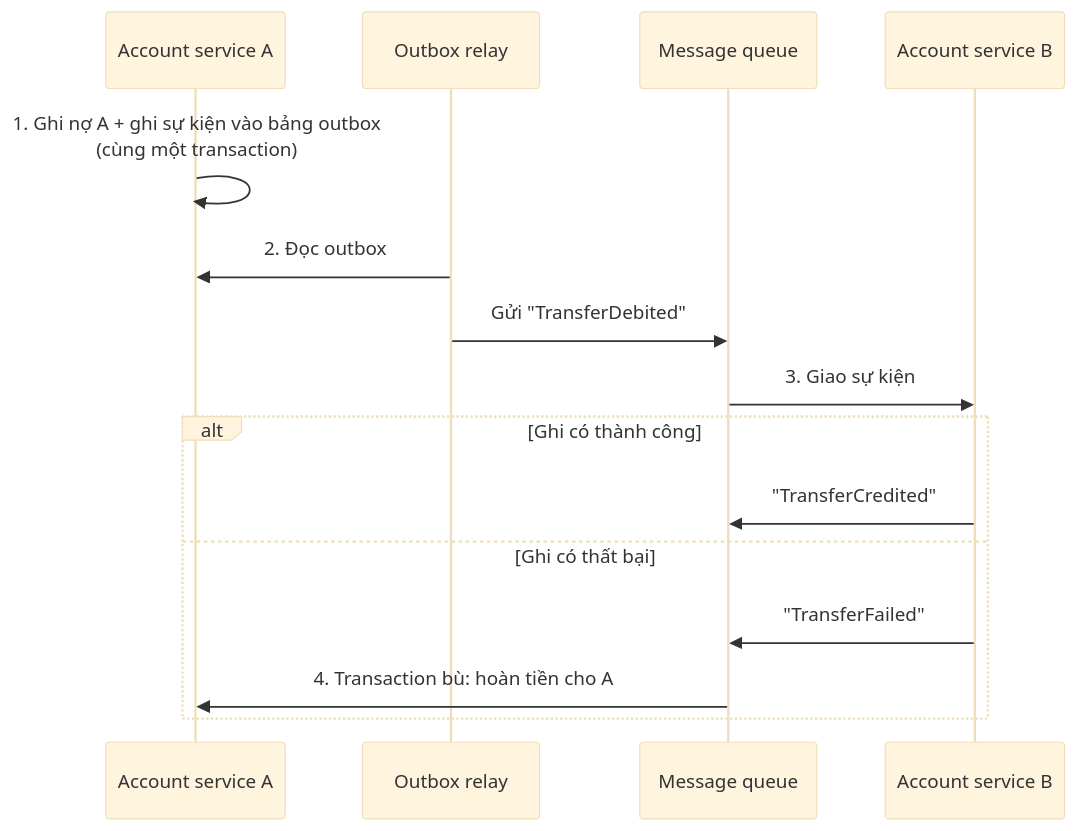
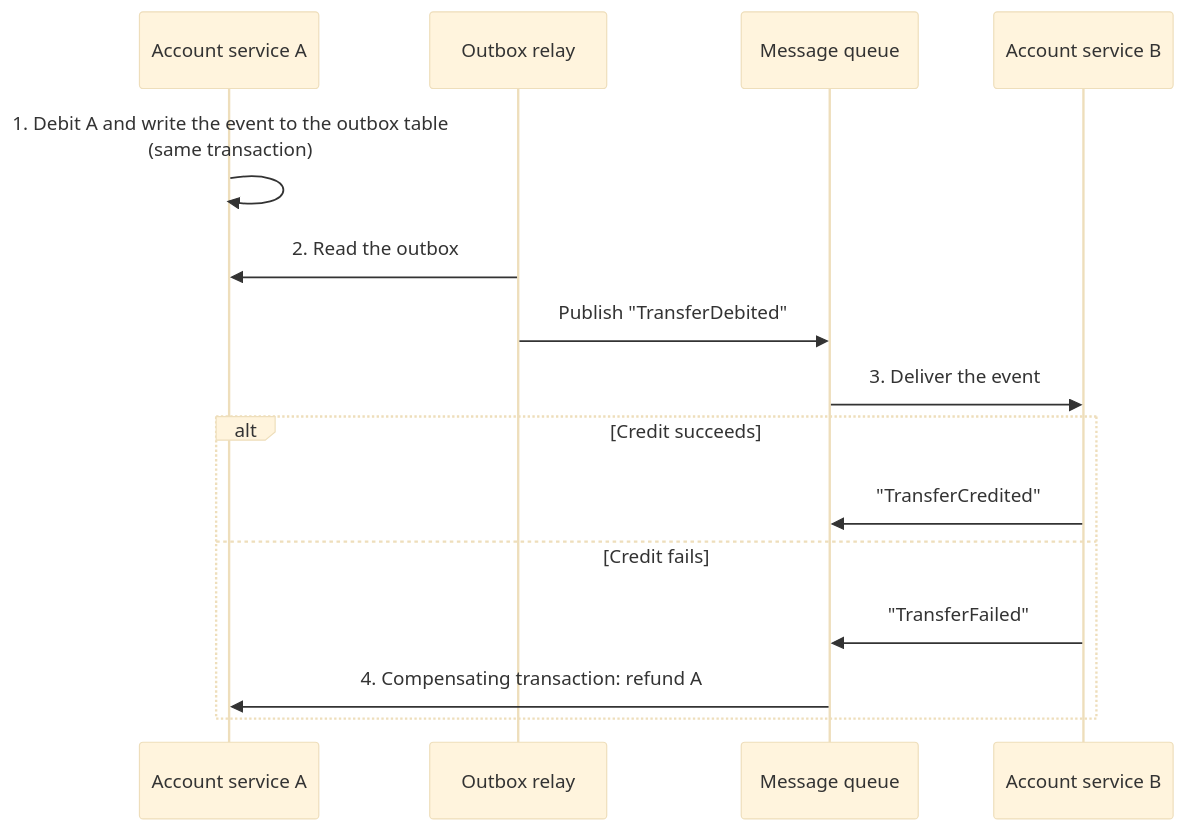
Before and after one commit to sunflynf/web-notes: the first of 2 diagrams in projects/banking.mdx, drawn with Mermaid (base theme). The commit also changed other lines of this file and 33 other files, not shown here.

````diff
--- a/projects/banking.mdx
+++ b/projects/banking.mdx
@@ -103,17 +103,17 @@
 ```mermaid
 sequenceDiagram
   participant A as Account service A
   participant O as Outbox relay
   participant Q as Message queue
   participant B as Account service B
-  A->>A: 1. Ghi nợ A + ghi sự kiện vào bảng outbox<br/>(cùng một transaction)
-  O->>A: 2. Đọc outbox
-  O->>Q: Gửi "TransferDebited"
-  Q->>B: 3. Giao sự kiện
-  alt Ghi có thành công
+  A->>A: 1. Debit A and write the event to the outbox table<br/>(same transaction)
+  O->>A: 2. Read the outbox
+  O->>Q: Publish "TransferDebited"
+  Q->>B: 3. Deliver the event
+  alt Credit succeeds
     B->>Q: "TransferCredited"
-  else Ghi có thất bại
+  else Credit fails
     B->>Q: "TransferFailed"
-    Q->>A: 4. Transaction bù: hoàn tiền cho A
+    Q->>A: 4. Compensating transaction: refund A
   end
 ```
````
